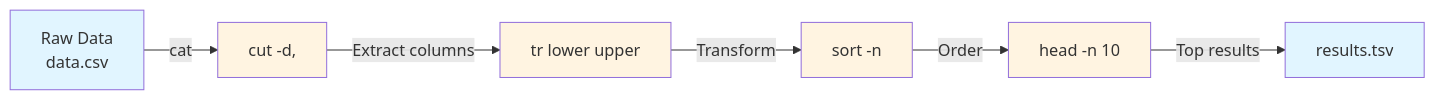
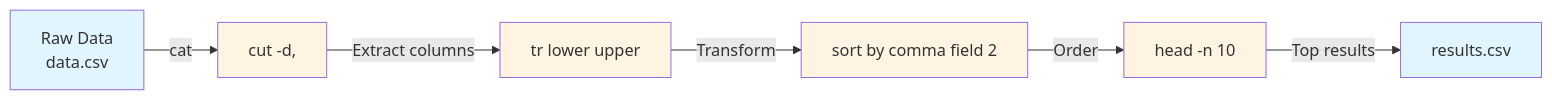
Before and after one commit to christopherseaman/datasci_217: the diagram in 03/README.md, drawn with Mermaid. The commit also changed other lines of this file and 11 other files, not shown here.

````diff
--- a/03/README.md
+++ b/03/README.md
@@ -570,15 +577,15 @@
 ```mermaid
 graph LR
     A[Raw Data<br/>data.csv] -->|cat| B[cut -d,]
     B -->|Extract columns| C[tr lower upper]
-    C -->|Transform| D[sort -n]
+    C -->|Transform| D[sort by comma field 2]
     D -->|Order| E[head -n 10]
-    E -->|Top results| F[results.tsv]
+    E -->|Top results| F[results.csv]
 
     style A fill:#e1f5ff
     style F fill:#e1f5ff
     style B fill:#fff4e1
     style C fill:#fff4e1
     style D fill:#fff4e1
     style E fill:#fff4e1
 ```
````
